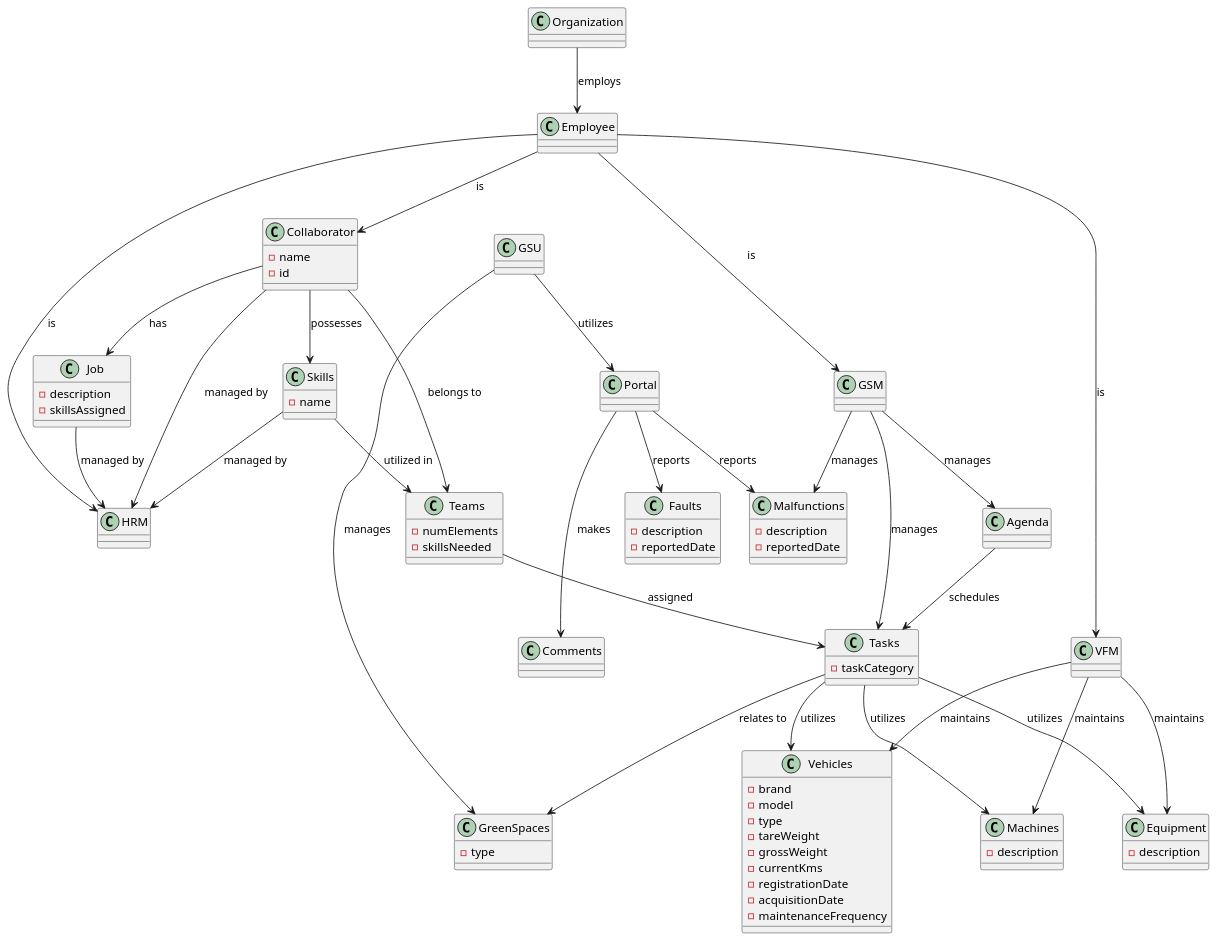
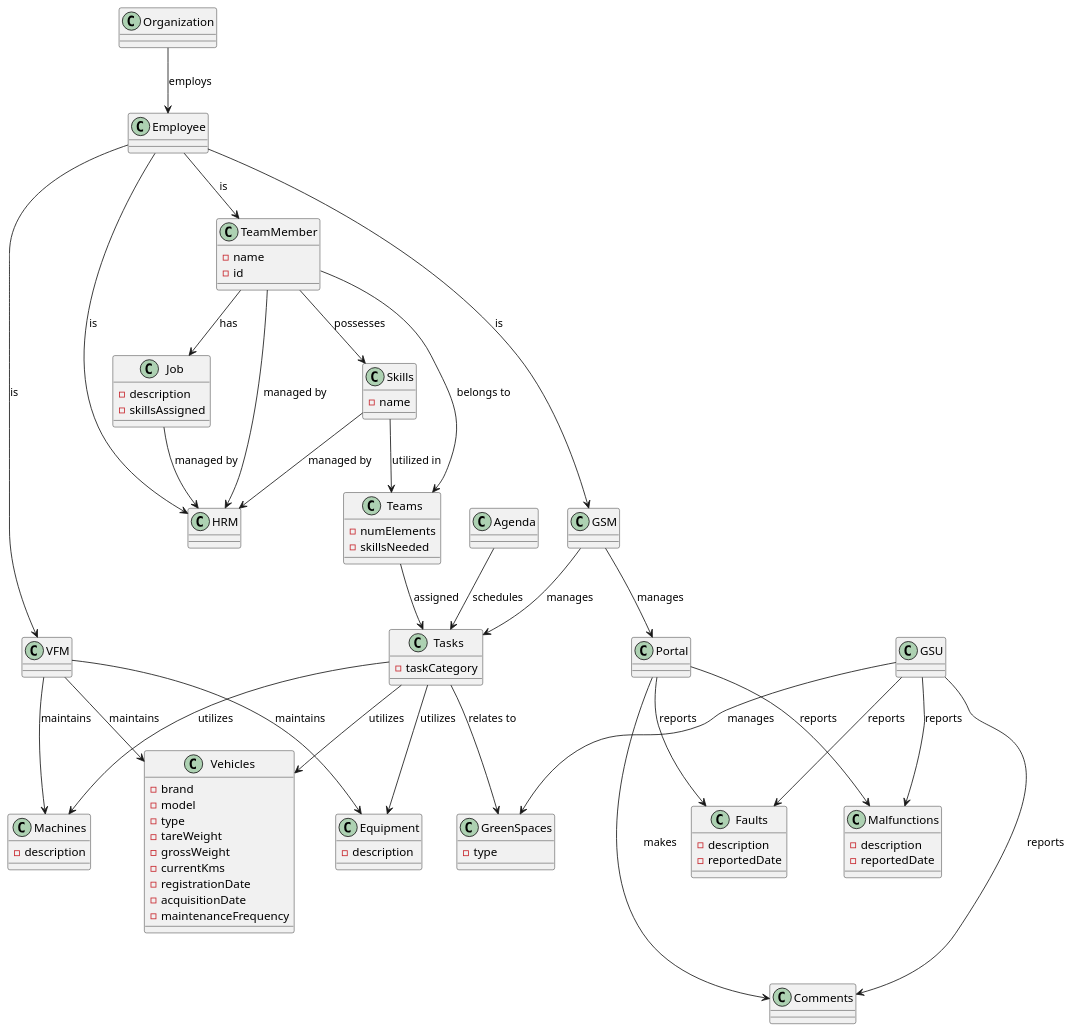
The diagram in docs/sprintA/global-artifacts/02.analysis/puml/project-domain-model.puml (Mendoncaa/LAPR2), drawn with PlantUML before and after one commit.

Commit message:
Domain model update--> GSM directly connected to Portal

```diff
--- a/docs/sprintA/global-artifacts/02.analysis/puml/project-domain-model.puml
+++ b/docs/sprintA/global-artifacts/02.analysis/puml/project-domain-model.puml
@@ -1,130 +1,132 @@
 @startuml
 
 
 class Organization {
 }
 
 class Employee {
 }
 
-class Collaborator {
+class TeamMember {
   - name 
   - id 
 }
 
 class HRM {
 }
 
 class GSM {
 }
 
 class VFM {
 }
 
 class Job {
   - description
   - skillsAssigned
 }
 
 class Skills {
   - name 
 }
 
 class Teams {
   - numElements 
   - skillsNeeded
 }
 
 class Tasks {
   - taskCategory 
 }
 
 class Agenda {
   
 }
 
 class Malfunctions {
   - description 
   - reportedDate 
 }
 
 class GreenSpaces {
   - type 
 }
 
 class Equipment {
   - description 
 }
 
 class Vehicles {
   - brand 
   - model 
   - type 
   - tareWeight 
   - grossWeight 
   - currentKms 
   - registrationDate
   - acquisitionDate 
   - maintenanceFrequency 
 }
 
 class Machines {
   - description 
 }
 
 class GSU {
 }
 
 class Portal {
 }
 
 class Faults {
   - description 
   - reportedDate
 }
 
 class Comments {
 }
 
 
 Organization --> Employee : "employs"
 
-Employee --> Collaborator : "is"
+Employee --> TeamMember : "is"
 Employee --> HRM : "is"
 Employee --> GSM : "is"
 Employee --> VFM : "is"
 
-Collaborator --> HRM : "managed by"
-Collaborator --> Job : "has"
-Collaborator --> Skills : "possesses"
-Collaborator --> Teams : "belongs to"
+TeamMember --> HRM : "managed by"
+TeamMember --> Job : "has"
+TeamMember --> Skills : "possesses"
+TeamMember --> Teams : "belongs to"
 
 Job --> HRM : "managed by"
 
 Skills --> HRM : "managed by"
 Skills --> Teams : "utilized in"
 
 Teams --> Tasks : "assigned"
 
-GSM --> Agenda : "manages"
+
 GSM --> Tasks : "manages"
-GSM --> Malfunctions : "manages"
+GSM --> Portal : "manages"
 
 Agenda --> Tasks : "schedules"
 
 Tasks --> GreenSpaces : "relates to"
 Tasks --> Equipment : "utilizes"
 Tasks --> Vehicles : "utilizes"
 Tasks --> Machines : "utilizes"
 
 VFM --> Vehicles : "maintains"
 VFM --> Machines : "maintains"
 VFM --> Equipment : "maintains"
 
-GSU --> Portal : "utilizes"
 Portal --> Malfunctions : "reports"
 Portal --> Faults : "reports"
 Portal ---> Comments : "makes"
 GSU --> GreenSpaces : "manages"
+GSU -->Malfunctions : "reports"
+GSU --> Faults : "reports"
+GSU --> Comments : "reports"
 
 @enduml
```
